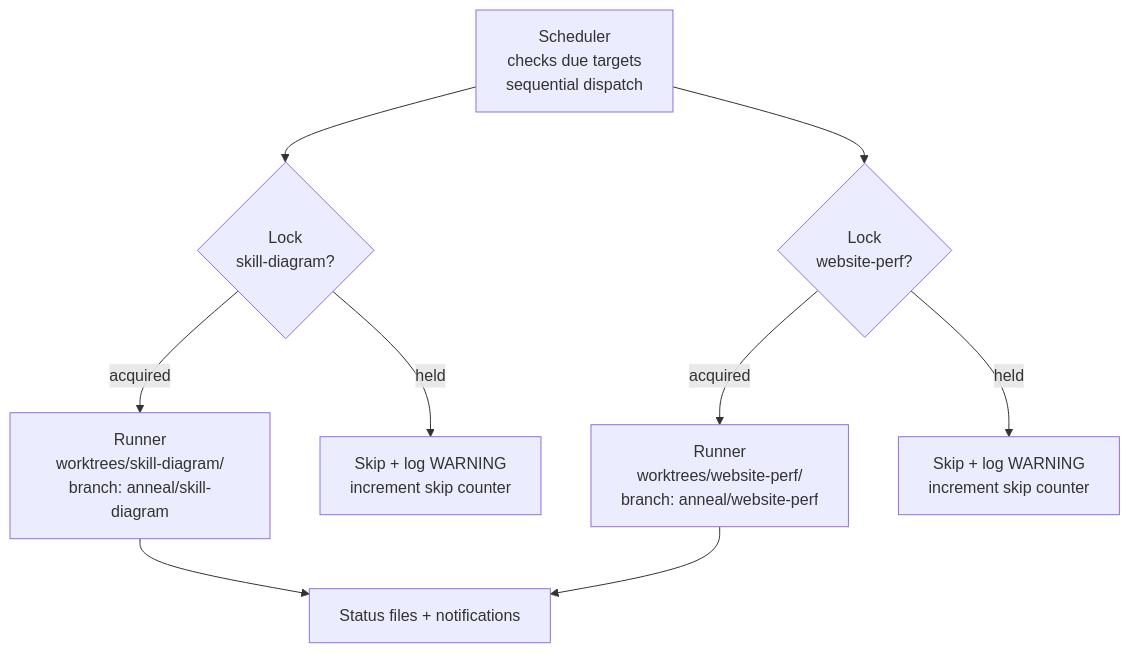
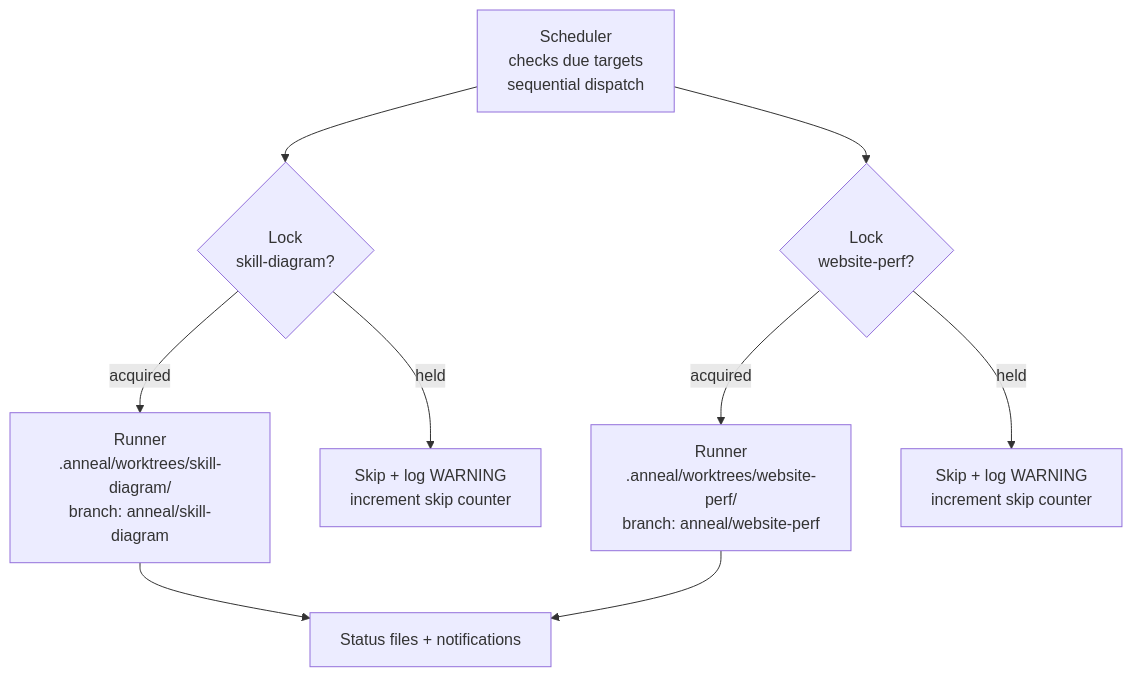
Before and after one commit to Mathews-Tom/anneal: diagram 11 of 15 in docs/system-design.md, drawn with Mermaid. The commit also changed other lines of this file and 1 other file, not shown here.

First line of the commit message:
Update docs and gitignore for .anneal/ layout

````diff
--- a/docs/system-design.md
+++ b/docs/system-design.md
@@ -1110,13 +1113,13 @@
 ```mermaid
 flowchart TD
     SCHED["Scheduler<br/>checks due targets<br/>sequential dispatch"] --> LOCK1{Lock<br/>skill-diagram?}
-    LOCK1 -->|acquired| R1["Runner<br/>worktrees/skill-diagram/<br/>branch: anneal/skill-diagram"]
+    LOCK1 -->|acquired| R1["Runner<br/>.anneal/worktrees/skill-diagram/<br/>branch: anneal/skill-diagram"]
     LOCK1 -->|held| SKIP1["Skip + log WARNING<br/>increment skip counter"]
 
     SCHED --> LOCK2{Lock<br/>website-perf?}
-    LOCK2 -->|acquired| R2["Runner<br/>worktrees/website-perf/<br/>branch: anneal/website-perf"]
+    LOCK2 -->|acquired| R2["Runner<br/>.anneal/worktrees/website-perf/<br/>branch: anneal/website-perf"]
     LOCK2 -->|held| SKIP2["Skip + log WARNING<br/>increment skip counter"]
 
     R1 --> STATUS[Status files + notifications]
     R2 --> STATUS
 ```
````
